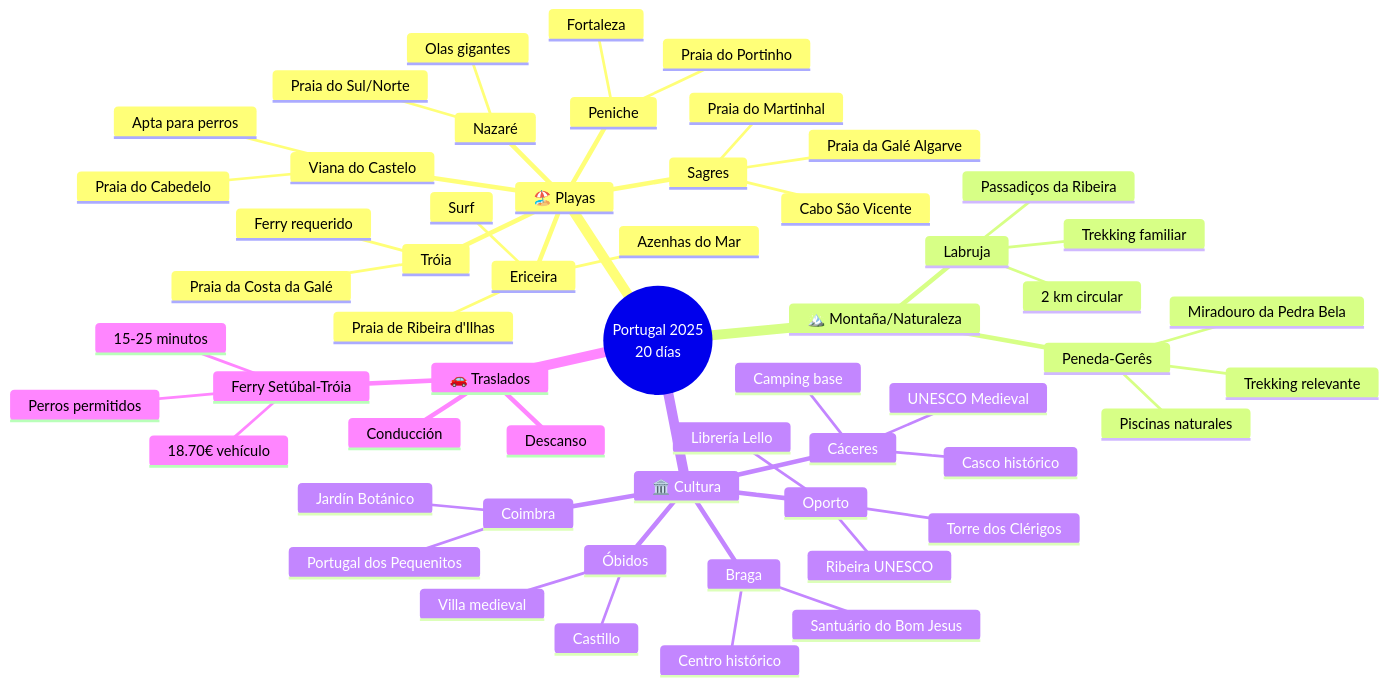
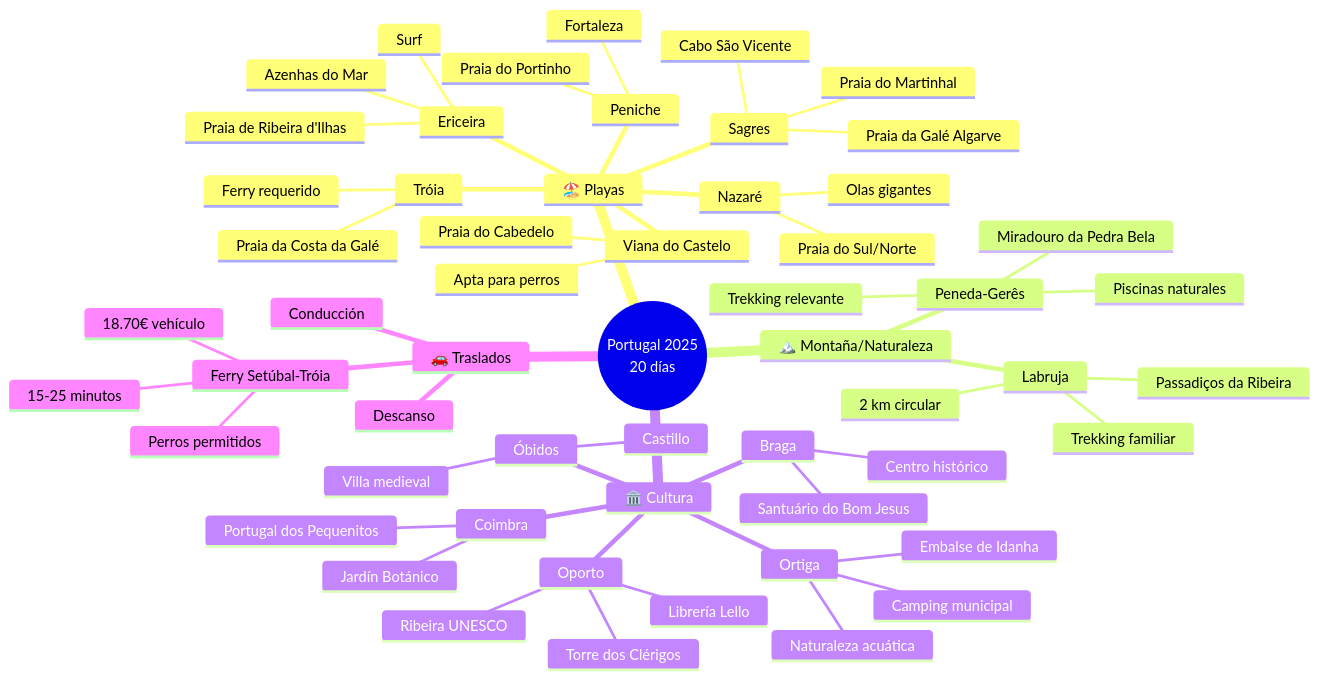
Before and after one commit to carlosrodlop/carlosrodlop-docs: the second of 4 diagrams in trips/Portugal_2025.md, drawn with Mermaid. The commit also changed other lines of this file, not shown here.

Commit message:
doc: portugal: reemplazar Cáceres por Ortiga.

````diff
--- a/trips/Portugal_2025.md
+++ b/trips/Portugal_2025.md
@@ -281,59 +279,59 @@
 ```mermaid
 mindmap
   root((Portugal 2025<br/>20 días))
     🏖️ Playas
       Viana do Castelo
         Praia do Cabedelo
         Apta para perros
       Nazaré
         Praia do Sul/Norte
         Olas gigantes
       Peniche
         Praia do Portinho
         Fortaleza
       Ericeira
         Praia de Ribeira d'Ilhas
         Surf
         Azenhas do Mar
       Tróia
         Praia da Costa da Galé
         Ferry requerido
       Sagres
         Praia do Martinhal
         Cabo São Vicente
         Praia da Galé Algarve
     🏔️ Montaña/Naturaleza
       Peneda-Gerês
         Miradouro da Pedra Bela
         Piscinas naturales
         Trekking relevante
       Labruja
         Passadiços da Ribeira
         Trekking familiar
         2 km circular
     🏛️ Cultura
-      Cáceres
-        UNESCO Medieval
-        Casco histórico
-        Camping base
+      Ortiga
+        Embalse de Idanha
+        Camping municipal
+        Naturaleza acuática
       Braga
         Santuário do Bom Jesus
         Centro histórico
       Oporto
         Librería Lello
         Torre dos Clérigos
         Ribeira UNESCO
       Coimbra
         Portugal dos Pequenitos
         Jardín Botánico
       Óbidos
         Villa medieval
         Castillo
     🚗 Traslados
       Conducción
       Descanso
       Ferry Setúbal-Tróia
         15-25 minutos
         18.70€ vehículo
         Perros permitidos
 ```
````
